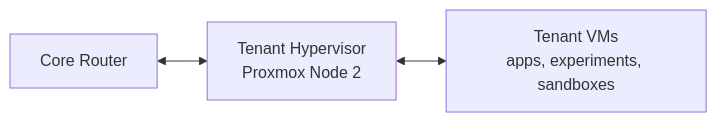
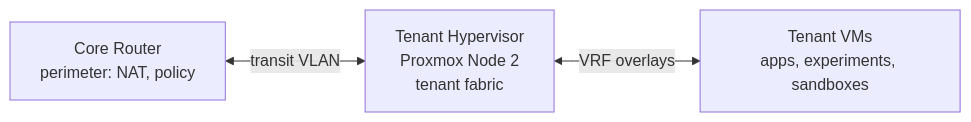
Before and after one commit to deevnet/deevnet-docs: the diagram in content/docs/platforms/tenant-compute/tenant-hypervisors/_index.md, drawn with Mermaid. The commit also changed other lines of this file and 8 other files, not shown here.

```diff
--- a/content/docs/platforms/tenant-compute/tenant-hypervisors/_index.md
+++ b/content/docs/platforms/tenant-compute/tenant-hypervisors/_index.md
@@ -142,4 +148,4 @@
 {{< mermaid >}}
 graph LR
-    A[Core Router] <--> B[Tenant Hypervisor<br>Proxmox Node 2] <--> C[Tenant VMs<br>apps, experiments, sandboxes]
+    A[Core Router<br>perimeter: NAT, policy] <-->|transit VLAN| B[Tenant Hypervisor<br>Proxmox Node 2<br>tenant fabric] <-->|VRF overlays| C[Tenant VMs<br>apps, experiments, sandboxes]
 {{< /mermaid >}}
```
